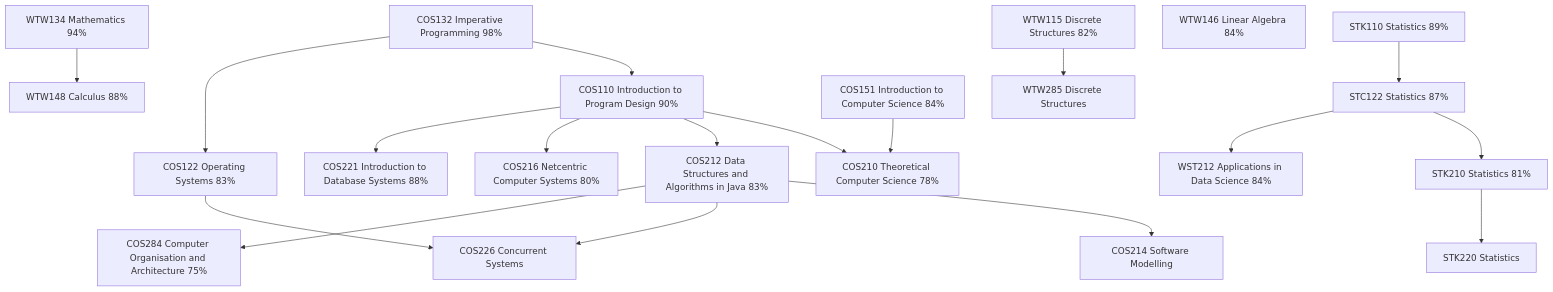
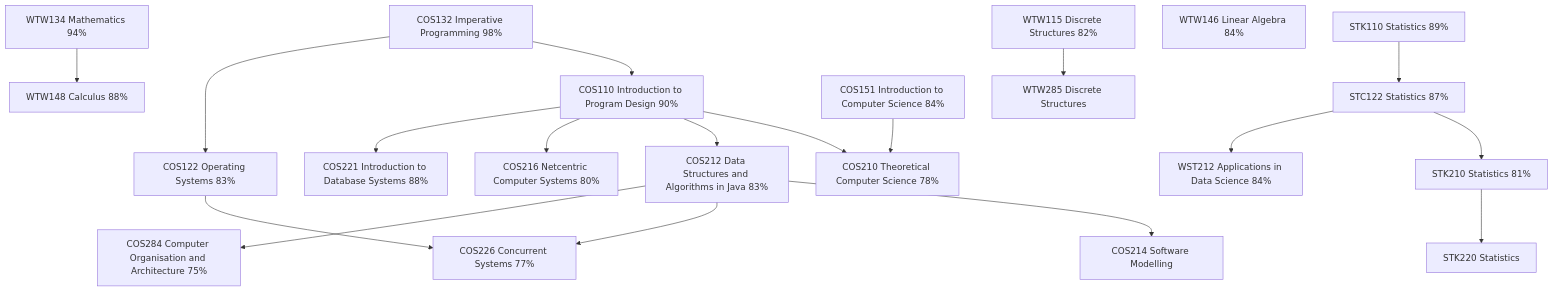
One commit to FJNel/FJNel changed the diagram in README.md. Above: the diagram before and after it, drawn with Mermaid.

Commit message:
Update COS226 grade in README.md

````diff
--- a/README.md
+++ b/README.md
@@ -11,29 +11,29 @@
 ```mermaid
 graph TD
     COS132["COS132 Imperative Programming 98%"] --> COS110["COS110 Introduction to Program Design 90%"]
     COS132 --> COS122["COS122 Operating Systems 83%"]
     STK110["STK110 Statistics 89%"] --> STC122["STC122 Statistics 87%"]
     WTW134["WTW134 Mathematics 94%"] --> WTW148["WTW148 Calculus 88%"]
     WTW146["WTW146 Linear Algebra 84%"]
     WTW115["WTW115 Discrete Structures 82%"]
     COS151["COS151 Introduction to Computer Science 84%"] --> COS210["COS210 Theoretical Computer Science 78%"]
     COS110 --> COS210
     COS110 --> COS212["COS212 Data Structures and Algorithms in Java 83%"]
     COS110 --> COS216["COS216 Netcentric Computer Systems 80%"]
     COS110 --> COS221["COS221 Introduction to Database Systems 88%"]
     STC122 --> STK210["STK210 Statistics 81%"]
     STC122 --> WST212["WST212 Applications in Data Science 84%"]
 
     COS214["COS214 Software Modelling"]
-    COS226["COS226 Concurrent Systems"]
+    COS226["COS226 Concurrent Systems 77%"]
     COS284["COS284 Computer Organisation and Architecture 75%"]
     STK220["STK220 Statistics"]
     WTW285["WTW285 Discrete Structures"]
 
     COS212 --> COS214
     COS122 --> COS226
     COS212 --> COS226
     COS212 --> COS284
     WTW115 --> WTW285
     STK210 --> STK220
 ```
````
